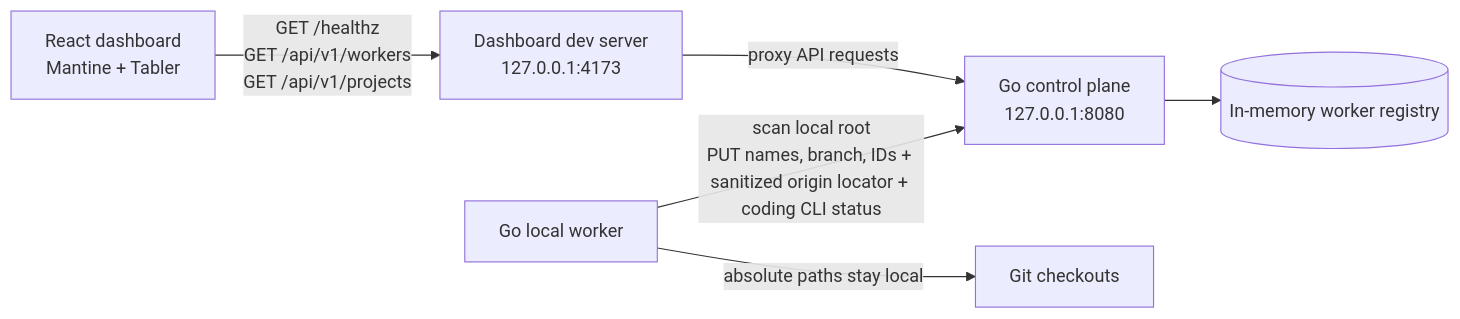
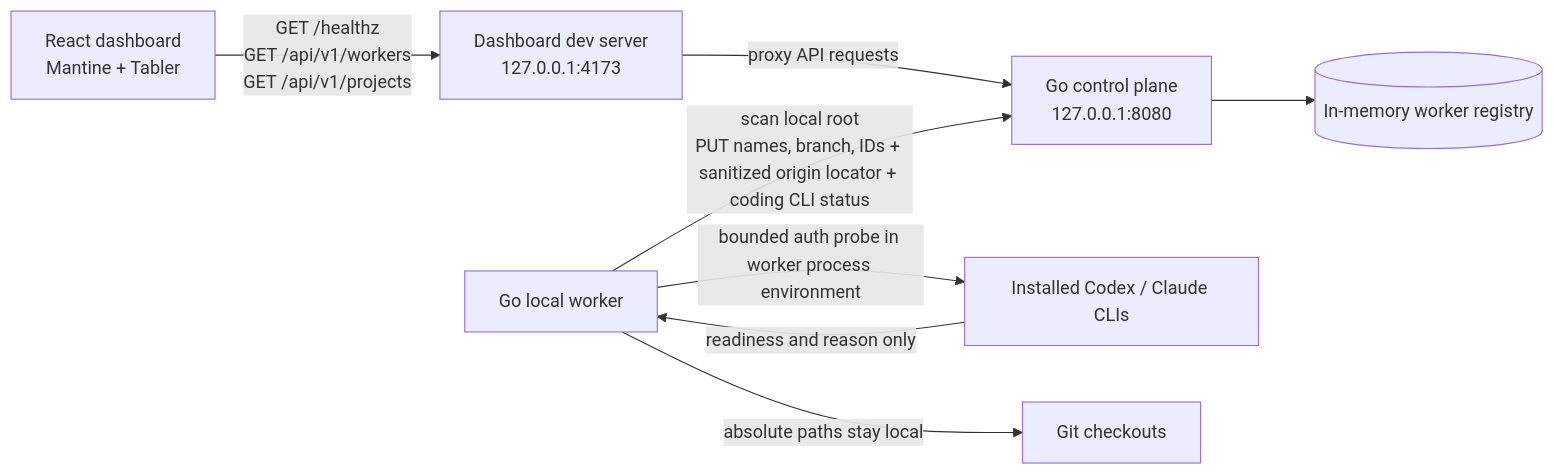
The first of 2 diagrams in docs/features/local-worker-presence.md (bogdaniel/zenchron-engineering-os), drawn with Mermaid before and after one commit. The commit also changed other lines of this file and 7 other files, not shown here.

Commit message:
fix(worker): refresh CLI readiness for issue 277

````diff
--- a/docs/features/local-worker-presence.md
+++ b/docs/features/local-worker-presence.md
@@ -13,8 +13,10 @@
 ```mermaid
 flowchart LR
     Browser[React dashboard<br/>Mantine + Tabler] -->|GET /healthz<br/>GET /api/v1/workers<br/>GET /api/v1/projects| UI[Dashboard dev server<br/>127.0.0.1:4173]
     UI -->|proxy API requests| API[Go control plane<br/>127.0.0.1:8080]
     Worker[Go local worker] -->|scan local root<br/>PUT names, branch, IDs + sanitized origin locator + coding CLI status| API
+    Worker -->|bounded auth probe in worker process environment| CLIs[Installed Codex / Claude CLIs]
+    CLIs -->|readiness and reason only| Worker
     Worker -->|absolute paths stay local| LocalRepos[Git checkouts]
     API --> Registry[(In-memory worker registry)]
 ```
````
